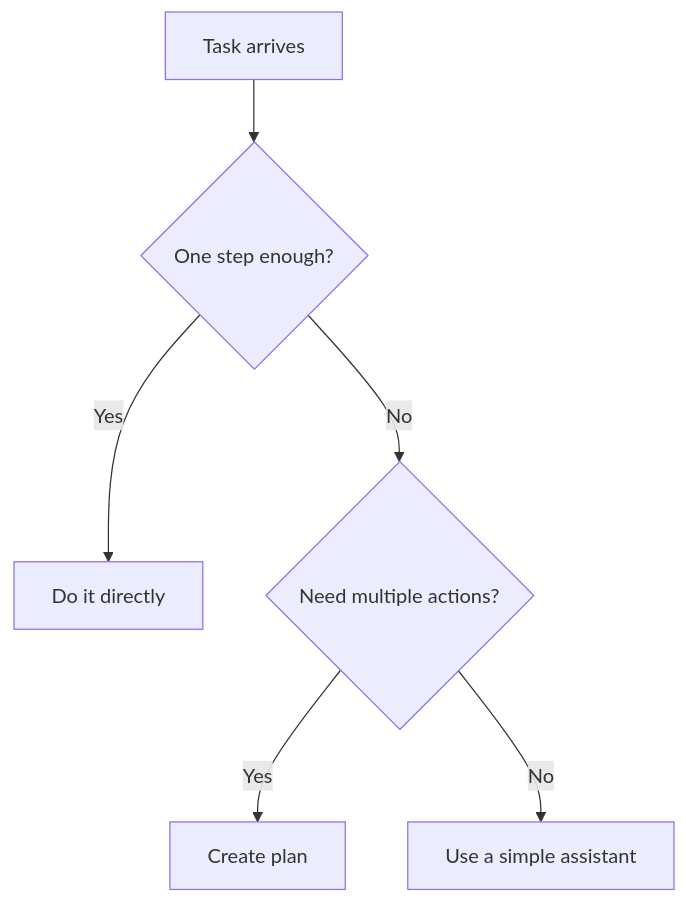
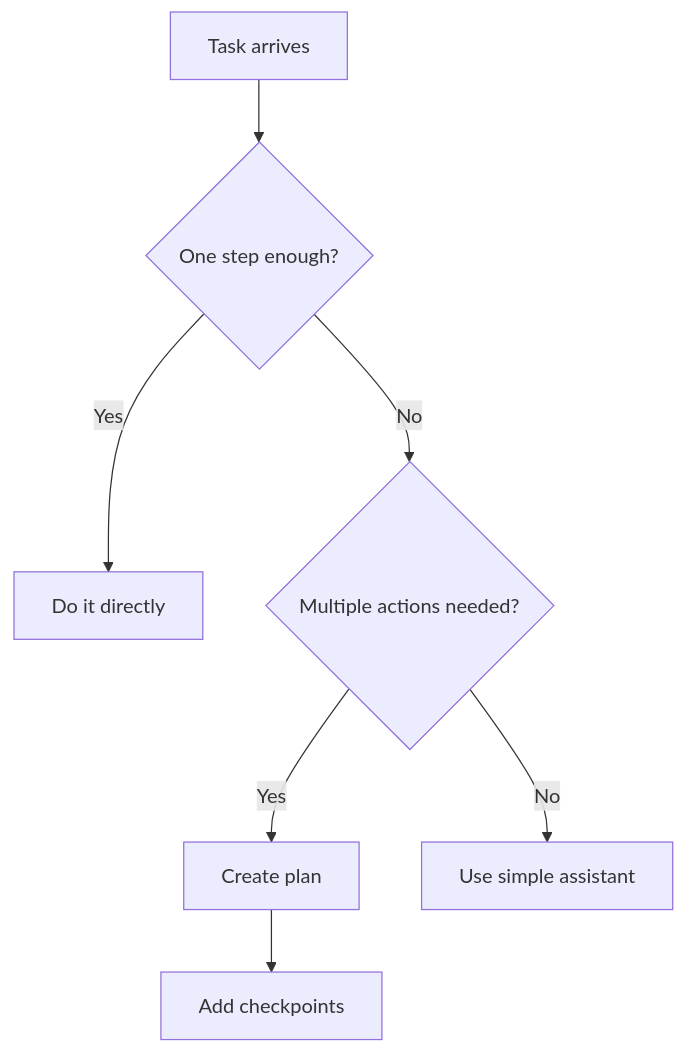
Before and after one commit to Asabeneh/30-Days-Of-AI-Engineering: the seventh of 13 diagrams in day_23/day_23_planning.md, drawn with Mermaid. The commit also changed other lines of this file and 49 other files, not shown here.

````diff
--- a/day_23/day_23_planning.md
+++ b/day_23/day_23_planning.md
@@ -225,8 +302,9 @@
 ```mermaid
 flowchart TD
-        A[Task arrives] --> B{One step enough?}
-        B -->|Yes| C[Do it directly]
-        B -->|No| D{Need multiple actions?}
-        D -->|Yes| E[Create plan]
-        D -->|No| F[Use a simple assistant]
+    A[Task arrives] --> B{One step enough?}
+    B -->|Yes| C[Do it directly]
+    B -->|No| D{Multiple actions needed?}
+    D -->|Yes| E[Create plan]
+    D -->|No| F[Use simple assistant]
+    E --> CH[Add checkpoints]
 ```
````
